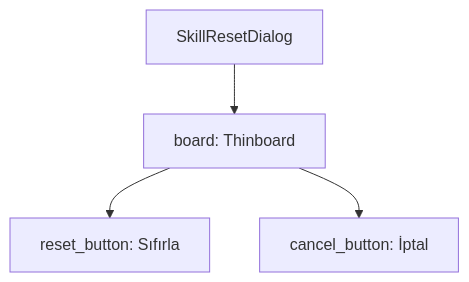
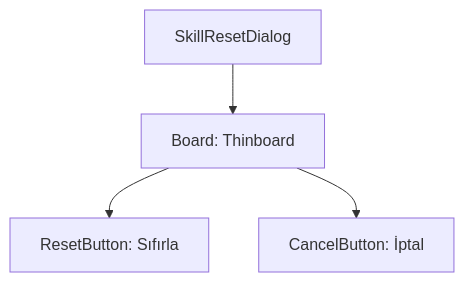
Before and after one commit to Engin622/Metin2-Pack-Agent-Skills: the diagram in uiscript/skillpointresetdialog/skills.md, drawn with Mermaid. The commit also changed other lines of this file and 7 other files, not shown here.

Commit message:
Documentation complete: All remaining UIScript files documented (SelectCharacter, SelectEmpire, SkillReset, SystemDialog, AdvancedHelp, IME, InputDialogs)

````diff
--- a/uiscript/skillpointresetdialog/skills.md
+++ b/uiscript/skillpointresetdialog/skills.md
@@ -29,6 +31,6 @@
 ```mermaid
 graph TD
-    A[SkillResetDialog] --> B[board: Thinboard]
-    B --> C[reset_button: Sıfırla]
-    B --> D[cancel_button: İptal]
+    A[SkillResetDialog] --> B[Board: Thinboard]
+    B --> C[ResetButton: Sıfırla]
+    B --> D[CancelButton: İptal]
 ```
````
